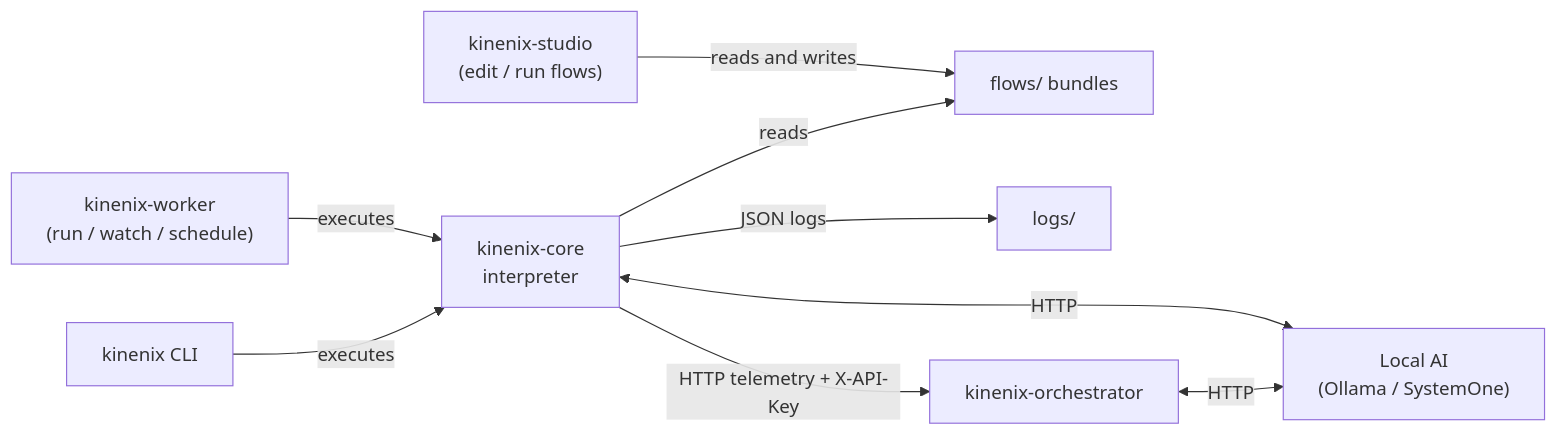
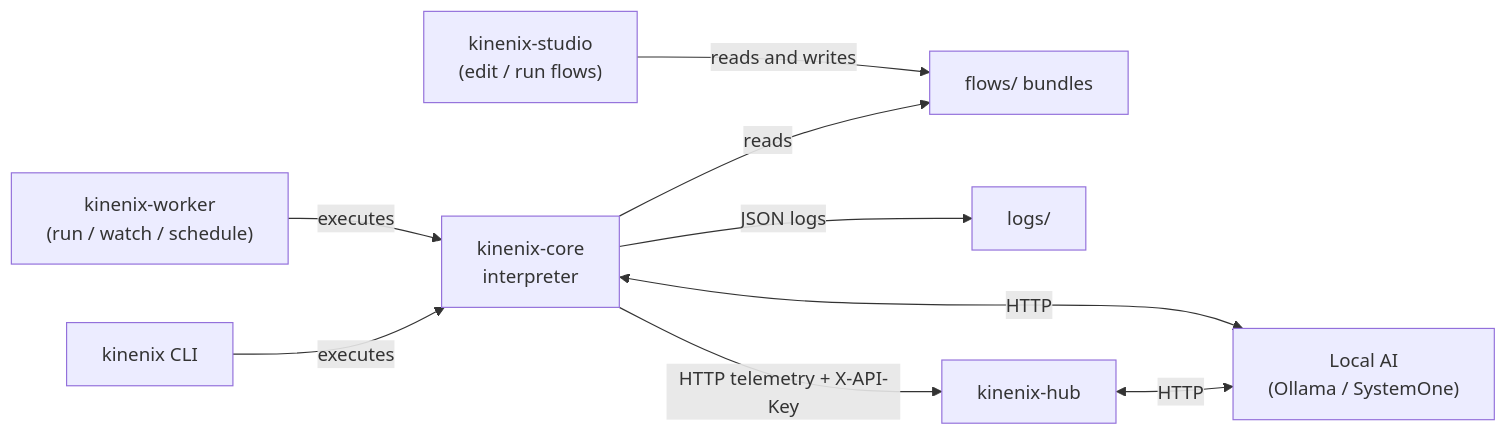
One commit to arttopix/Kinenix changed the first of 3 diagrams in docs/architecture.md. Above: the diagram before and after it, drawn with Mermaid. The commit also changed other lines of this file and 63 other files, not shown here.

First line of the commit message:
refactor!: rename kinenix-orchestrator to kinenix-hub

````diff
--- a/docs/architecture.md
+++ b/docs/architecture.md
@@ -30,11 +30,11 @@
 ```mermaid
 graph LR
     Studio["kinenix-studio<br>(edit / run flows)"] -->|reads and writes| Flows["flows/ bundles"]
     Worker["kinenix-worker<br>(run / watch / schedule)"] -->|executes| Core["kinenix-core<br>interpreter"]
     CLI["kinenix CLI"] -->|executes| Core
     Core -->|reads| Flows
     Core <-->|HTTP| AI["Local AI<br>(Ollama / SystemOne)"]
     Core -->|JSON logs| Logs["logs/"]
-    Core -->|HTTP telemetry + X-API-Key| Orch["kinenix-orchestrator"]
+    Core -->|HTTP telemetry + X-API-Key| Orch["kinenix-hub"]
     Orch <-->|HTTP| AI
 ```
````
